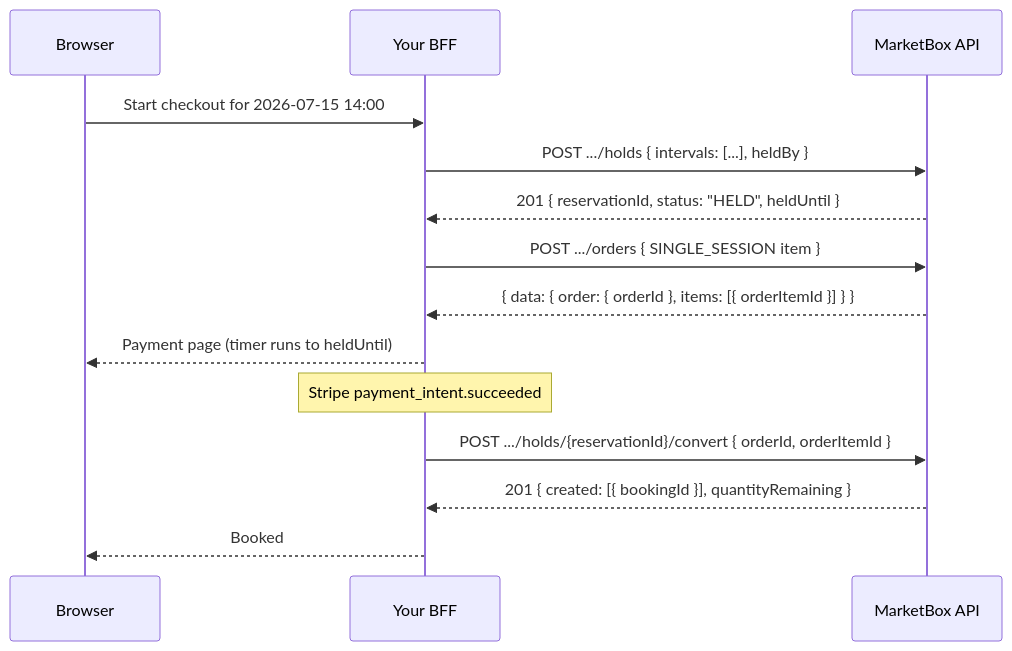
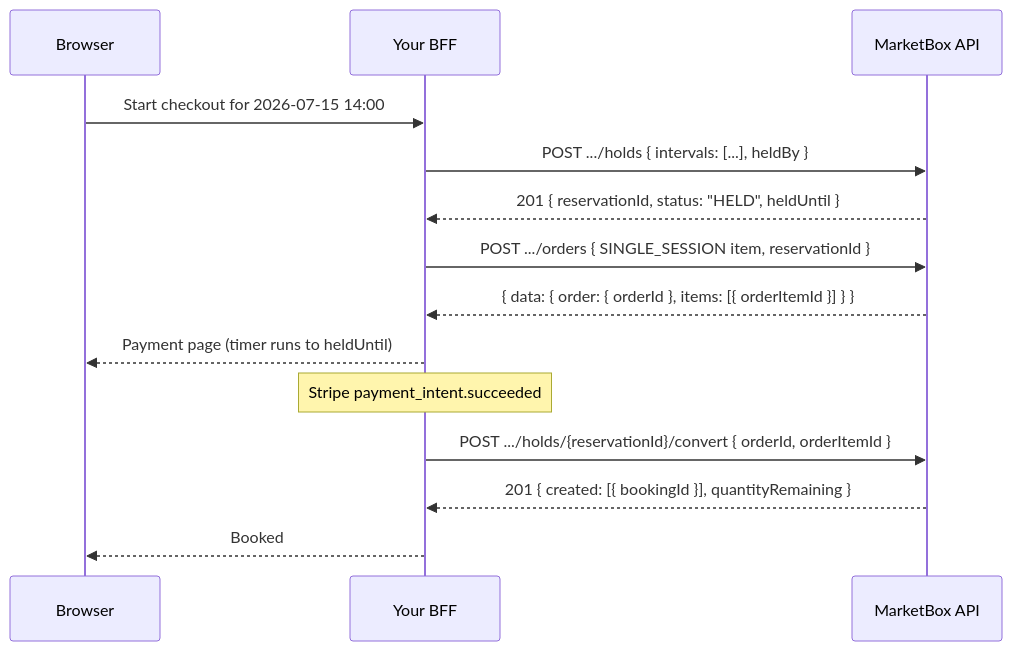
One commit to otahir3/docs changed the diagram in guides/hold-slots-for-checkout.mdx. Above: the diagram before and after it, drawn with Mermaid. The commit also changed other lines of this file and 8 other files, not shown here.

````diff
--- a/guides/hold-slots-for-checkout.mdx
+++ b/guides/hold-slots-for-checkout.mdx
@@ -65,16 +68,16 @@
 ```mermaid
 sequenceDiagram
     participant B as Browser
     participant BFF as Your BFF
     participant MB as MarketBox API
     B->>BFF: Start checkout for 2026-07-15 14:00
     BFF->>MB: POST .../holds { intervals: [...], heldBy }
     MB-->>BFF: 201 { reservationId, status: "HELD", heldUntil }
-    BFF->>MB: POST .../orders { SINGLE_SESSION item }
+    BFF->>MB: POST .../orders { SINGLE_SESSION item, reservationId }
     MB-->>BFF: { data: { order: { orderId }, items: [{ orderItemId }] } }
     BFF-->>B: Payment page (timer runs to heldUntil)
     Note over BFF: Stripe payment_intent.succeeded
     BFF->>MB: POST .../holds/{reservationId}/convert { orderId, orderItemId }
     MB-->>BFF: 201 { created: [{ bookingId }], quantityRemaining }
     BFF-->>B: Booked
 ```
````
